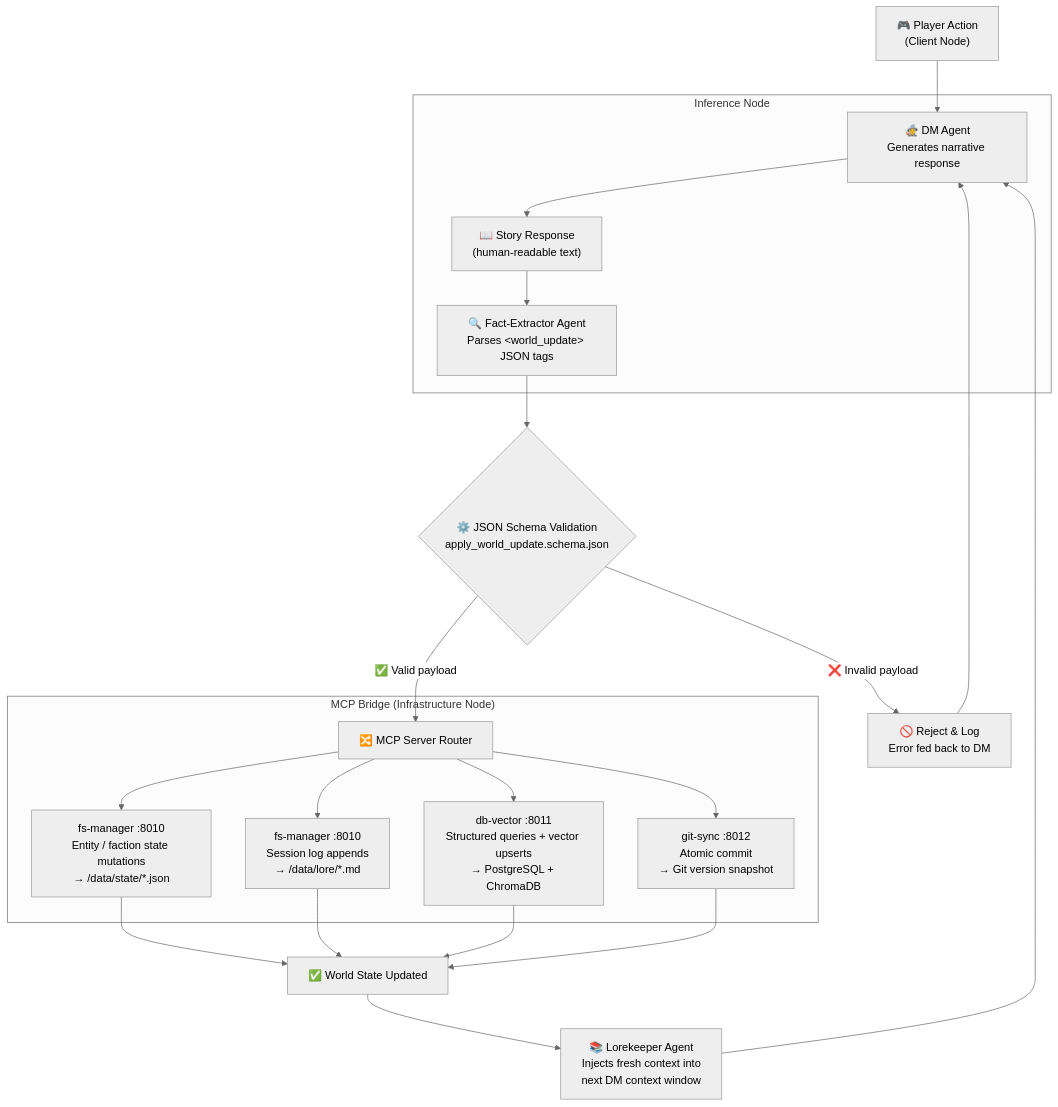
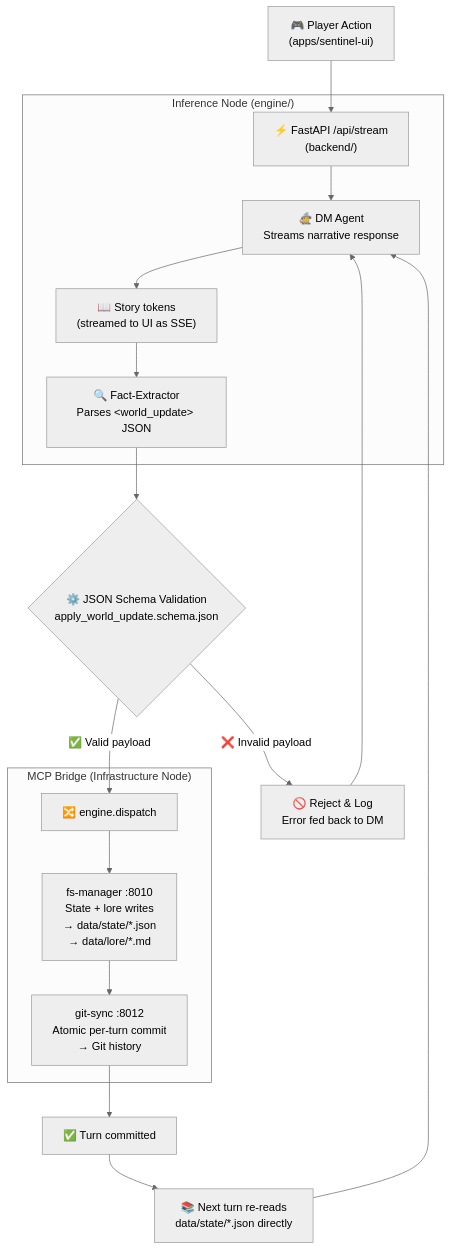
The second of 3 diagrams in ARCHITECTURE.md (russalo/project-sentinel), drawn with Mermaid (neutral theme) before and after one commit. The commit also changed other lines of this file and 9 other files, not shown here.

````diff
--- a/ARCHITECTURE.md
+++ b/ARCHITECTURE.md
@@ -294,27 +282,25 @@
 ```mermaid
 flowchart TD
-    A["🎮 Player Action\n(Client Node)"] --> B
+    A["🎮 Player Action\n(apps/sentinel-ui)"] --> BE["⚡ FastAPI /api/stream\n(backend/)"]
 
-    subgraph INFERENCE["Inference Node"]
-        B["🧙 DM Agent\nGenerates narrative response"]
-        B --> C["📖 Story Response\n(human-readable text)"]
-        C --> D["🔍 Fact-Extractor Agent\nParses &lt;world_update&gt; JSON tags"]
+    subgraph INFERENCE["Inference Node (engine/)"]
+        BE --> B["🧙 DM Agent\nStreams narrative response"]
+        B --> C["📖 Story tokens\n(streamed to UI as SSE)"]
+        C --> D["🔍 Fact-Extractor\nParses &lt;world_update&gt; JSON"]
     end
 
     D --> E{"⚙️ JSON Schema Validation\napply_world_update.schema.json"}
     E -->|"❌ Invalid payload"| ERR["🚫 Reject & Log\nError fed back to DM"]
     ERR --> B
 
-    E -->|"✅ Valid payload"| G["🔀 MCP Server Router"]
+    E -->|"✅ Valid payload"| DISPATCH["🔀 engine.dispatch"]
 
     subgraph MCP["MCP Bridge (Infrastructure Node)"]
-        G --> H["fs-manager :8010\nEntity / faction state mutations\n→ /data/state/*.json"]
-        G --> I["fs-manager :8010\nSession log appends\n→ /data/lore/*.md"]
-        G --> J["db-vector :8011\nStructured queries + vector upserts\n→ PostgreSQL + ChromaDB"]
-        G --> K["git-sync :8012\nAtomic commit\n→ Git version snapshot"]
+        DISPATCH --> H["fs-manager :8010\nState + lore writes\n→ data/state/*.json\n→ data/lore/*.md"]
+        H --> K["git-sync :8012\nAtomic per-turn commit\n→ Git history"]
     end
 
-    H & I & J & K --> L["✅ World State Updated"]
-    L --> M["📚 Lorekeeper Agent\nInjects fresh context into\nnext DM context window"]
+    K --> L["✅ Turn committed"]
+    L --> M["📚 Next turn re-reads\ndata/state/*.json directly"]
     M --> B
 ```
````
